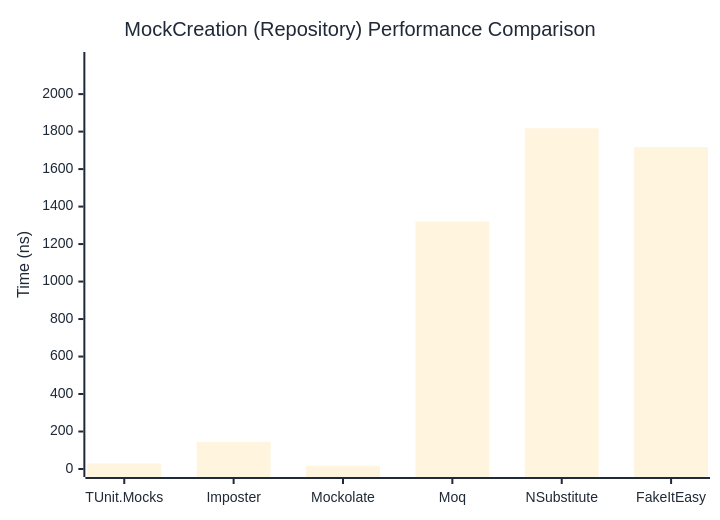
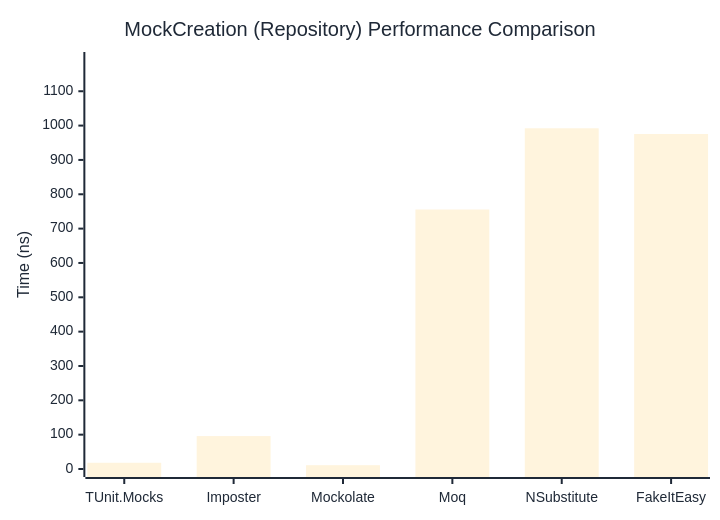
The second of 2 diagrams in docs/docs/benchmarks/mocks/MockCreation.md (thomhurst/TUnit), drawn with Mermaid before and after one commit. The commit also changed other lines of this file and 14 other files, not shown here.

````diff
--- a/docs/docs/benchmarks/mocks/MockCreation.md
+++ b/docs/docs/benchmarks/mocks/MockCreation.md
@@ -71,27 +71,27 @@
 ```mermaid
 %%{init: {
   'theme':'base',
   'themeVariables': {
     'primaryColor': '#2563eb',
     'primaryTextColor': '#1f2937',
     'primaryBorderColor': '#1e40af',
     'lineColor': '#6b7280',
     'secondaryColor': '#7c3aed',
     'tertiaryColor': '#dc2626',
     'background': '#ffffff',
     'pie1': '#2563eb',
     'pie2': '#7c3aed',
     'pie3': '#dc2626',
     'pie4': '#f59e0b',
     'pie5': '#10b981',
     'pie6': '#06b6d4',
     'pie7': '#ec4899',
     'pie8': '#6366f1'
   }
 }}%%
 xychart-beta
   title "MockCreation (Repository) Performance Comparison"
   x-axis ["TUnit.Mocks", "Imposter", "Mockolate", "Moq", "NSubstitute", "FakeItEasy"]
-  y-axis "Time (ns)" 0 --> 2182
-  bar [29.76, 144.86, 17.73, 1320.17, 1817.76, 1717.11]
+  y-axis "Time (ns)" 0 --> 1191
+  bar [18.16, 95.84, 11.06, 755.66, 992.14, 975.57]
 ```
````
